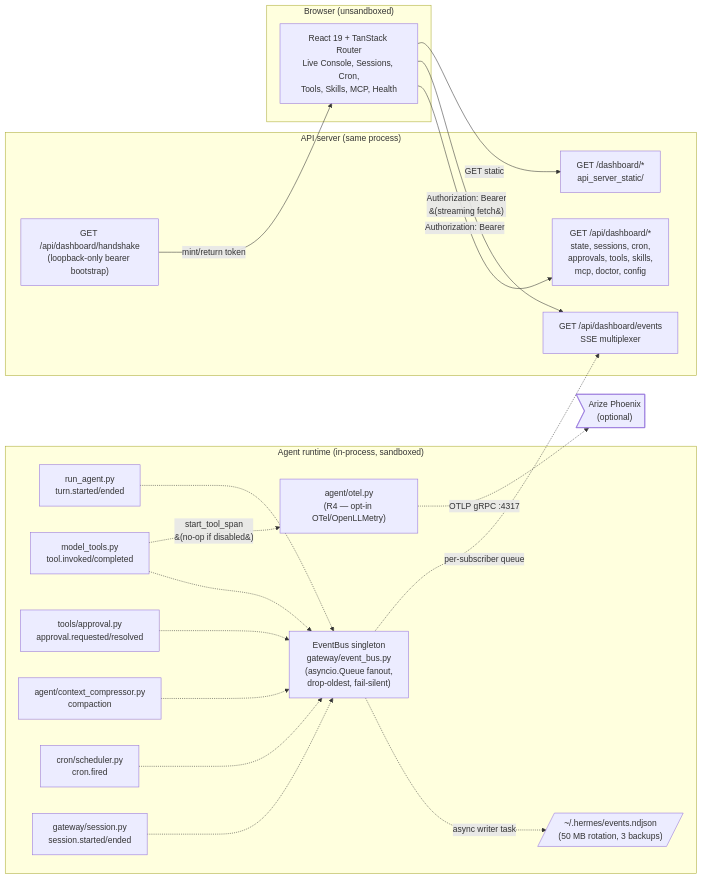
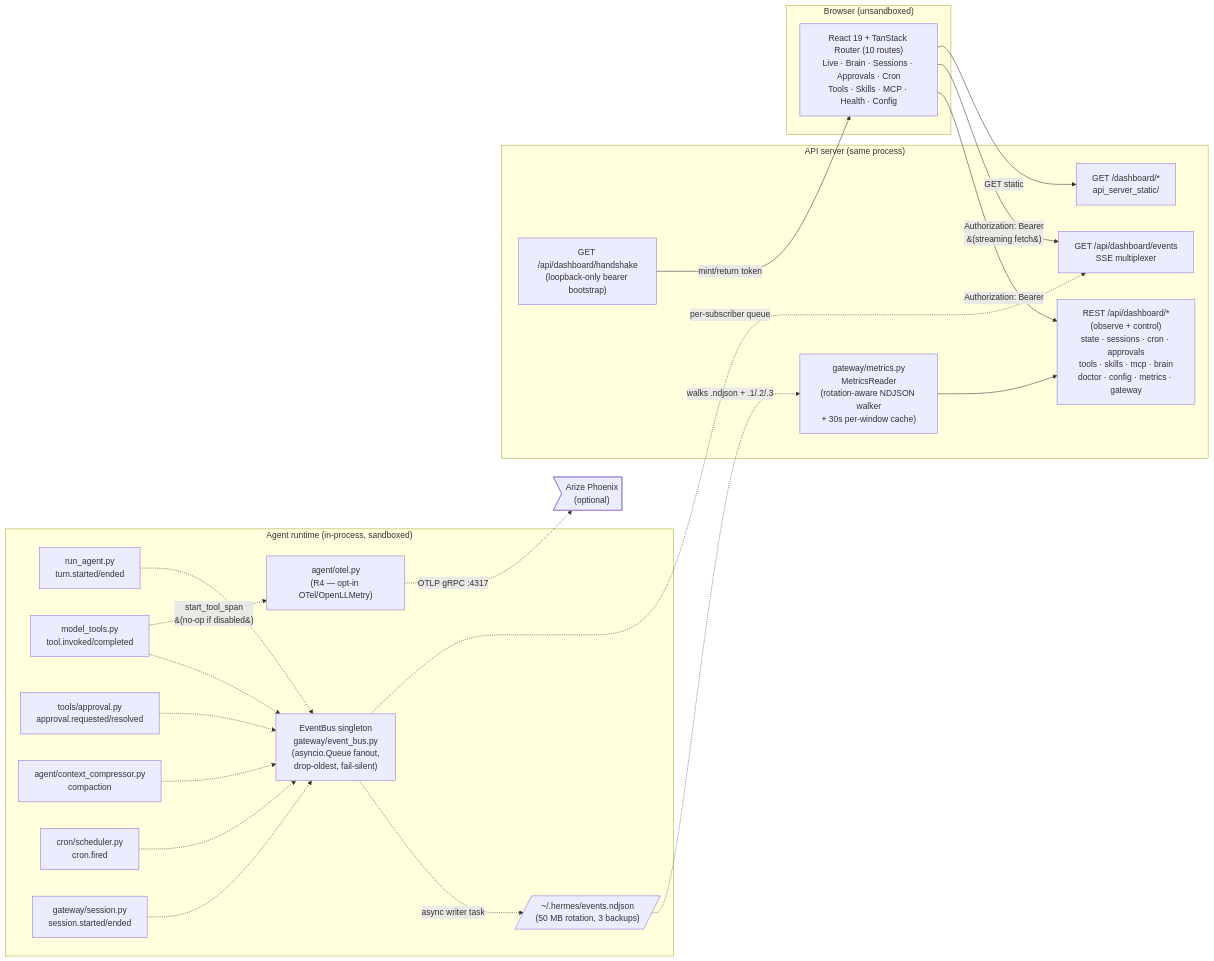
Before and after one commit to travelinman1013/leroys-agent: the ninth of 9 diagrams in architecture.md, drawn with Mermaid. The commit also changed other lines of this file and 1 other file, not shown here.

````diff
--- a/architecture.md
+++ b/architecture.md
@@ -684,44 +689,47 @@
 ```mermaid
 flowchart LR
     subgraph runtime["Agent runtime (in-process, sandboxed)"]
         agent["run_agent.py<br/>turn.started/ended"]
         dispatch["model_tools.py<br/>tool.invoked/completed"]
         approval["tools/approval.py<br/>approval.requested/resolved"]
         compress["agent/context_compressor.py<br/>compaction"]
         cron["cron/scheduler.py<br/>cron.fired"]
         session["gateway/session.py<br/>session.started/ended"]
 
         bus["EventBus singleton<br/>gateway/event_bus.py<br/>(asyncio.Queue fanout,<br/>drop-oldest, fail-silent)"]
 
         tee[/"~/.hermes/events.ndjson<br/>(50 MB rotation, 3 backups)"/]
         otel["agent/otel.py<br/>(R4 — opt-in OTel/OpenLLMetry)"]
     end
 
     subgraph api["API server (same process)"]
         sse["GET /api/dashboard/events<br/>SSE multiplexer"]
-        rest["GET /api/dashboard/*<br/>state, sessions, cron,<br/>approvals, tools, skills,<br/>mcp, doctor, config"]
+        rest["REST /api/dashboard/*<br/>(observe + control)<br/>state · sessions · cron · approvals<br/>tools · skills · mcp · brain<br/>doctor · config · metrics · gateway"]
+        metrics["gateway/metrics.py<br/>MetricsReader<br/>(rotation-aware NDJSON walker<br/>+ 30s per-window cache)"]
         handshake["GET /api/dashboard/handshake<br/>(loopback-only bearer bootstrap)"]
         static["GET /dashboard/*<br/>api_server_static/"]
     end
 
     subgraph browser["Browser (unsandboxed)"]
-        ui["React 19 + TanStack Router<br/>Live Console, Sessions, Cron,<br/>Tools, Skills, MCP, Health"]
+        ui["React 19 + TanStack Router (10 routes)<br/>Live · Brain · Sessions · Approvals · Cron<br/>Tools · Skills · MCP · Health · Config"]
     end
 
     agent -.-> bus
     dispatch -.-> bus
     approval -.-> bus
     compress -.-> bus
     cron -.-> bus
     session -.-> bus
     bus -.->|async writer task| tee
     bus -.->|per-subscriber queue| sse
+    tee -.->|walks .ndjson + .1/.2/.3| metrics
+    metrics --> rest
 
     dispatch -.->|start_tool_span<br/>&#40;no-op if disabled&#41;| otel
     otel -.->|OTLP gRPC :4317| Phoenix>"Arize Phoenix<br/>(optional)"]
 
     handshake -->|mint/return token| ui
     ui -->|Authorization: Bearer| rest
     ui -->|Authorization: Bearer<br/>&#40;streaming fetch&#41;| sse
     ui -->|GET static| static
 ```
````
